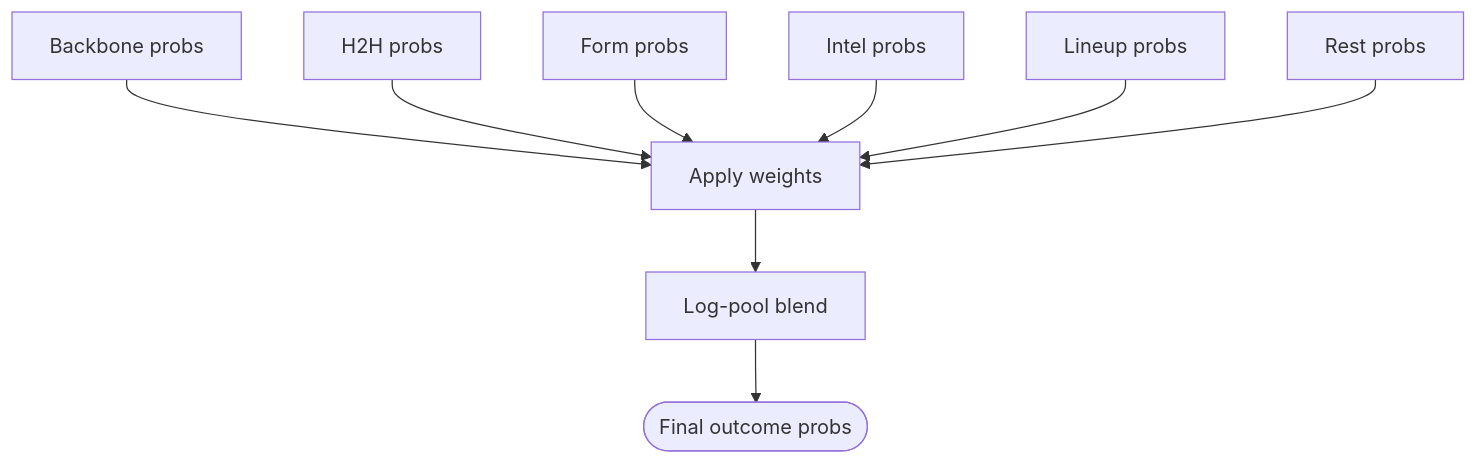
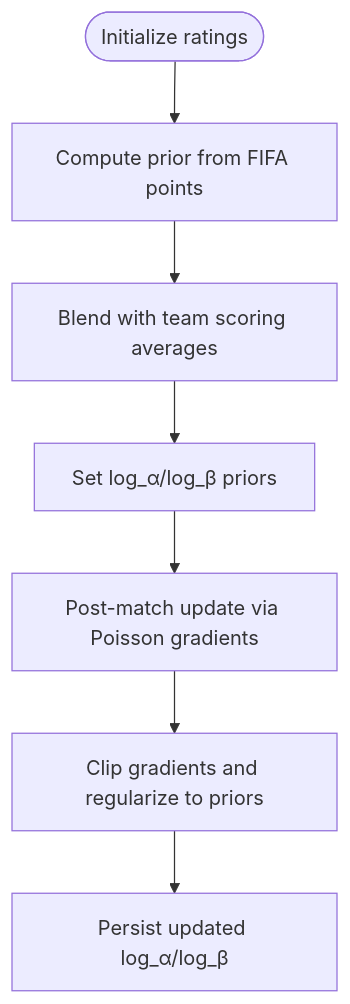
One commit to cheesiong/WC26-qwen changed the fourth of 8 diagrams in .qoder/repowiki/en/content/Prediction Engine/Prediction Engine.md. Above: the diagram before and after it, drawn with Mermaid. The commit also changed other lines of this file and 181 other files, not shown here.

````diff
--- a/.qoder/repowiki/en/content/Prediction Engine/Prediction Engine.md
+++ b/.qoder/repowiki/en/content/Prediction Engine/Prediction Engine.md
@@ -241,11 +185,9 @@
 ```mermaid
 flowchart TD
-A["Backbone probs"] --> W["Apply weights"]
-B["H2H probs"] --> W
-C["Form probs"] --> W
-D["Intel probs"] --> W
-E["Lineup probs"] --> W
-F["Rest probs"] --> W
-W --> LP["Log-pool blend"]
-LP --> End(["Final outcome probs"])
+Init(["Initialize ratings"]) --> FIFAPrior["Compute prior from FIFA points"]
+FIFAPrior --> TeamStats["Blend with team scoring averages"]
+TeamStats --> LogInit["Set log_α/log_β priors"]
+LogInit --> PostMatch["Post-match update via Poisson gradients"]
+PostMatch --> ClipReg["Clip gradients and regularize to priors"]
+ClipReg --> Persist["Persist updated log_α/log_β"]
 ```
````
